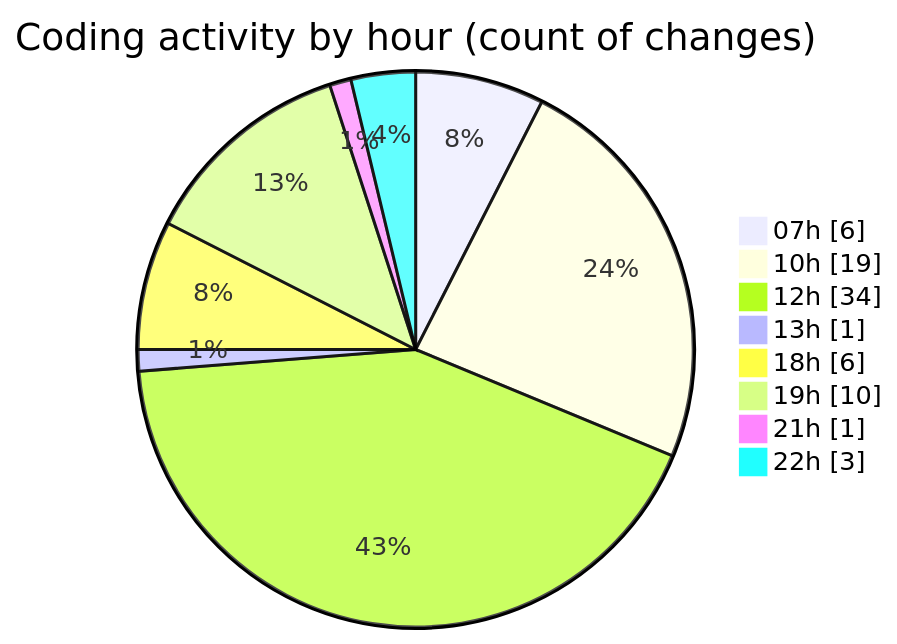
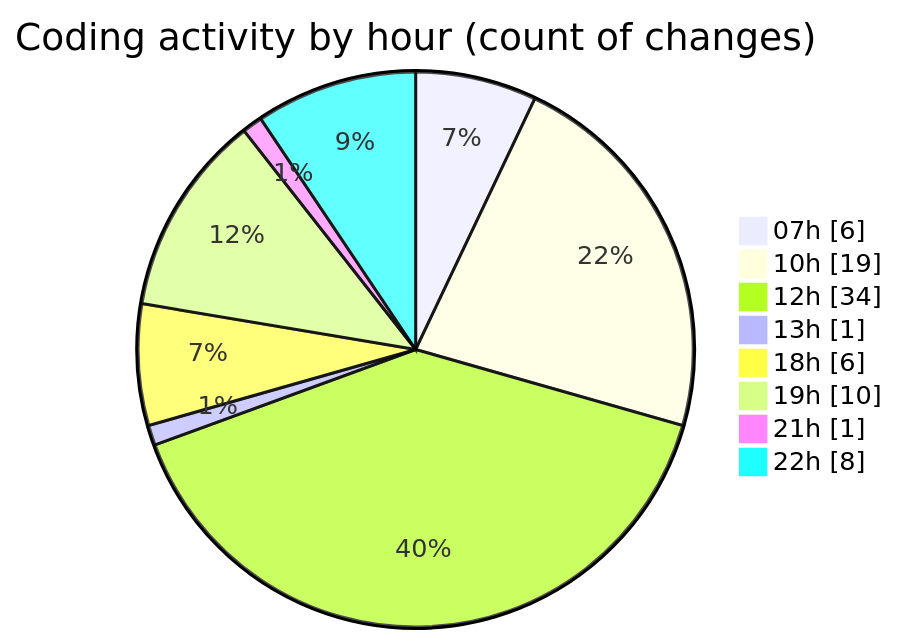
Before and after one commit to lephambinh05/code-tracking: the second of 2 diagrams in 2025-08-14/rentotp/README.md, drawn with Mermaid. The commit also changed other lines of this file and 1 other file, not shown here.

````diff
--- a/2025-08-14/rentotp/README.md
+++ b/2025-08-14/rentotp/README.md
@@ -34,12 +34,12 @@
 ```mermaid
 pie showData
 title Coding activity by hour (count of changes)
 "07h" : 6
 "10h" : 19
 "12h" : 34
 "13h" : 1
 "18h" : 6
 "19h" : 10
 "21h" : 1
-"22h" : 3
+"22h" : 8
 ```
````
